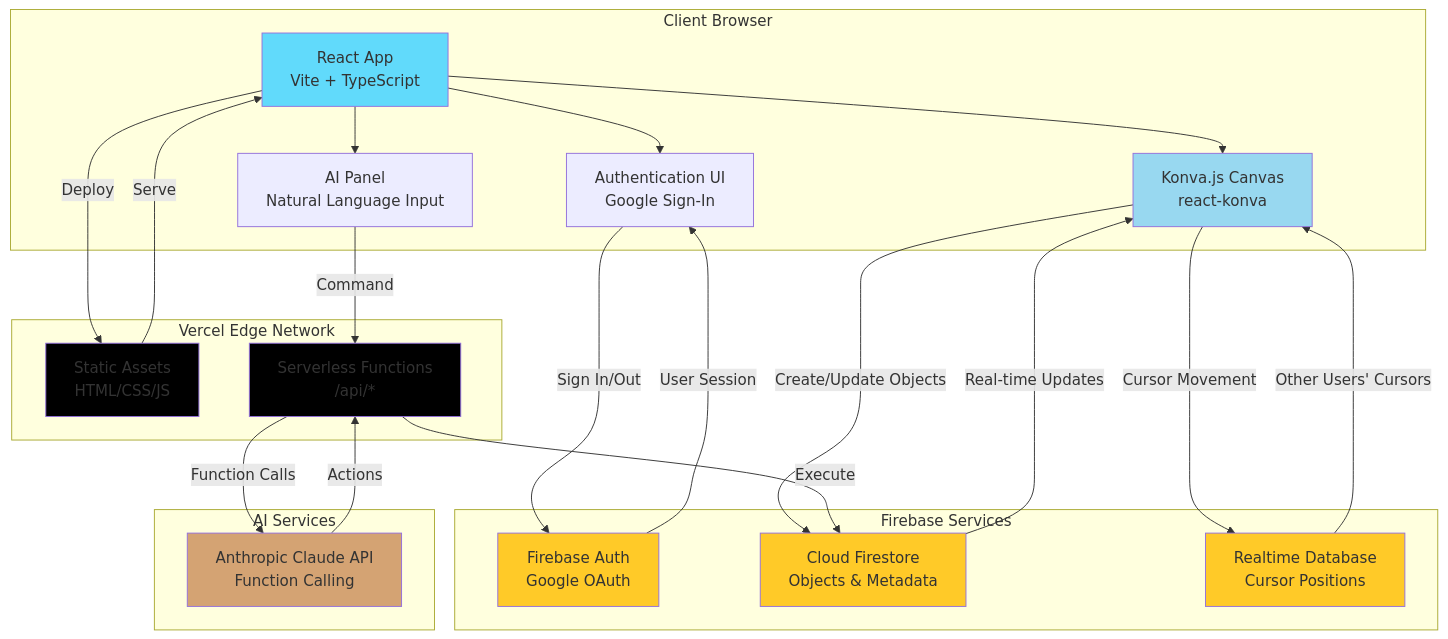
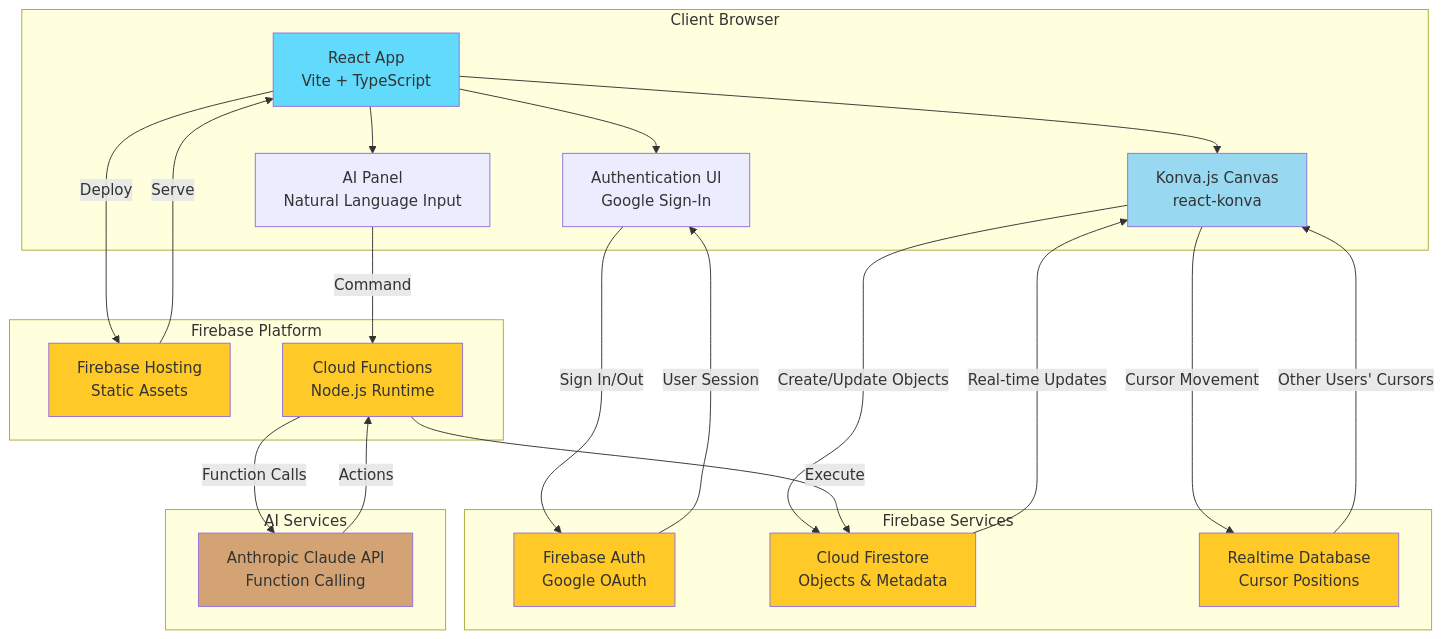
Before and after one commit to reena96/Canvisia: the first of 15 diagrams in ARCHITECTURE_DIAGRAMS.md, drawn with Mermaid. The commit also changed other lines of this file and 2 other files, not shown here.

First line of the commit message:
Complete documentation verification and fix all Vercel references

````diff
--- a/ARCHITECTURE_DIAGRAMS.md
+++ b/ARCHITECTURE_DIAGRAMS.md
@@ -9,54 +9,54 @@
 ```mermaid
 graph TB
     subgraph "Client Browser"
         UI[React App<br/>Vite + TypeScript]
         Canvas[Konva.js Canvas<br/>react-konva]
         AuthUI[Authentication UI<br/>Google Sign-In]
         AIPanel[AI Panel<br/>Natural Language Input]
     end
 
-    subgraph "Vercel Edge Network"
-        Static[Static Assets<br/>HTML/CSS/JS]
-        API[Serverless Functions<br/>/api/*]
+    subgraph "Firebase Platform"
+        Hosting[Firebase Hosting<br/>Static Assets]
+        Functions[Cloud Functions<br/>Node.js Runtime]
     end
 
     subgraph "Firebase Services"
         Auth[Firebase Auth<br/>Google OAuth]
         Firestore[Cloud Firestore<br/>Objects & Metadata]
         RTDB[Realtime Database<br/>Cursor Positions]
     end
 
     subgraph "AI Services"
         Claude[Anthropic Claude API<br/>Function Calling]
     end
 
     UI --> Canvas
     UI --> AuthUI
     UI --> AIPanel
 
-    UI -->|Deploy| Static
-    Static -->|Serve| UI
+    UI -->|Deploy| Hosting
+    Hosting -->|Serve| UI
 
     AuthUI -->|Sign In/Out| Auth
     Auth -->|User Session| AuthUI
 
     Canvas -->|Create/Update Objects| Firestore
     Firestore -->|Real-time Updates| Canvas
 
     Canvas -->|Cursor Movement| RTDB
     RTDB -->|Other Users' Cursors| Canvas
 
-    AIPanel -->|Command| API
-    API -->|Function Calls| Claude
-    Claude -->|Actions| API
-    API -->|Execute| Firestore
+    AIPanel -->|Command| Functions
+    Functions -->|Function Calls| Claude
+    Claude -->|Actions| Functions
+    Functions -->|Execute| Firestore
 
     style UI fill:#61dafb
     style Canvas fill:#98d8f0
     style Auth fill:#ffca28
     style Firestore fill:#ffca28
     style RTDB fill:#ffca28
     style Claude fill:#d4a373
-    style API fill:#000000
-    style Static fill:#000000
+    style Functions fill:#ffca28
+    style Hosting fill:#ffca28
 ```
````
